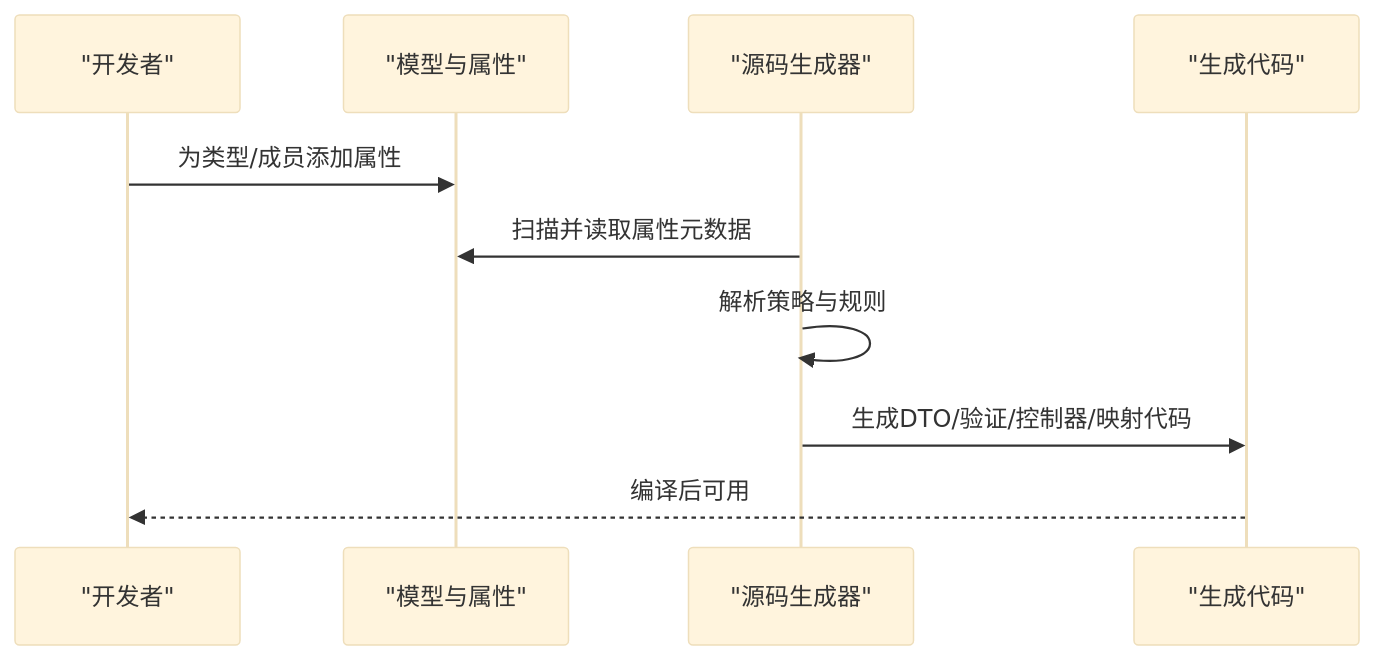
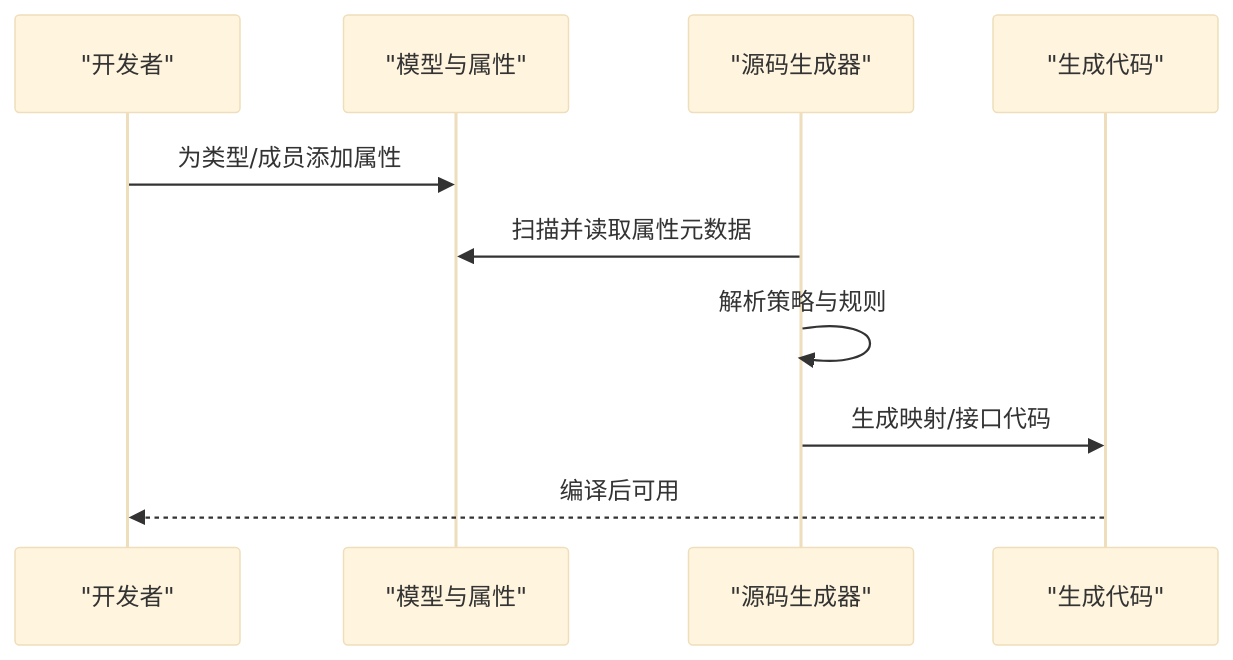
The second of 3 diagrams in .qoder/repowiki/zh/content/核心概念/属性系统.md (alivy/AutoCode), drawn with Mermaid (base theme) before and after one commit. The commit also changed other lines of this file and 152 other files, not shown here.

````diff
--- a/.qoder/repowiki/zh/content/核心概念/属性系统.md
+++ b/.qoder/repowiki/zh/content/核心概念/属性系统.md
@@ -128,12 +103,12 @@
 ```mermaid
 sequenceDiagram
 participant Dev as "开发者"
 participant Model as "模型与属性"
 participant Gen as "源码生成器"
 participant Out as "生成代码"
 Dev->>Model : 为类型/成员添加属性
 Gen->>Model : 扫描并读取属性元数据
 Gen->>Gen : 解析策略与规则
-Gen->>Out : 生成DTO/验证/控制器/映射代码
+Gen->>Out : 生成映射/接口代码
 Out-->>Dev : 编译后可用
 ```
````
